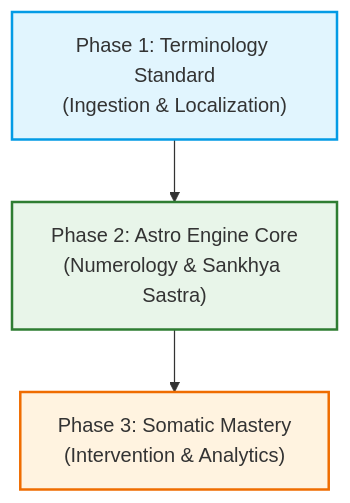
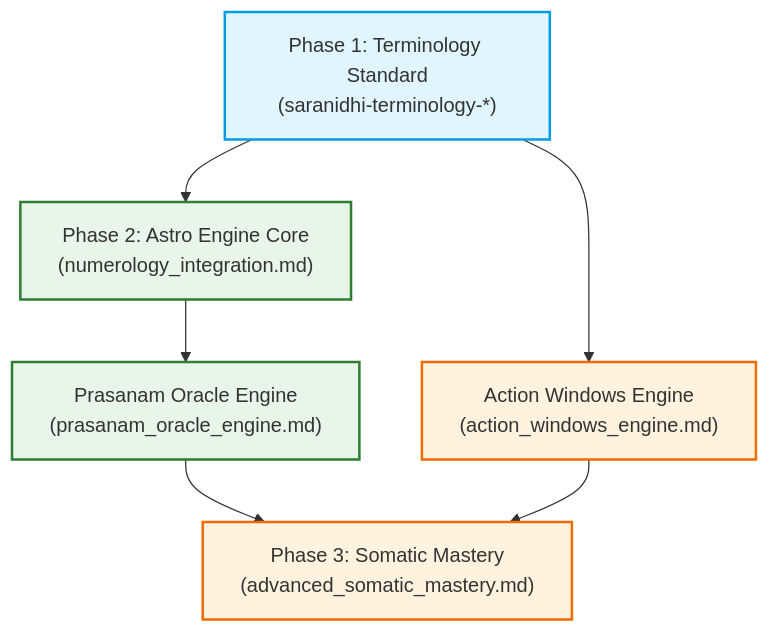
The diagram in docs/research/implementation_roadmap.md (vteial/saranidhi), drawn with Mermaid before and after one commit. The commit also changed other lines of this file and 2 other files, not shown here.

First line of the commit message:
docs(research): add chronobiology, numerology, and somatic mastery specifications

````diff
--- a/docs/research/implementation_roadmap.md
+++ b/docs/research/implementation_roadmap.md
@@ -11,9 +11,14 @@
 ```mermaid
 graph TD
-    A["Phase 1: Terminology Standard<br>(Ingestion & Localization)"] --> B["Phase 2: Astro Engine Core<br>(Numerology & Sankhya Sastra)"]
-    B --> C["Phase 3: Somatic Mastery<br>(Intervention & Analytics)"]
+    A["Phase 1: Terminology Standard<br>(saranidhi-terminology-*)"] --> B["Phase 2: Astro Engine Core<br>(numerology_integration.md)"]
+    B --> BO["Prasanam Oracle Engine<br>(prasanam_oracle_engine.md)"]
+    BO --> C["Phase 3: Somatic Mastery<br>(advanced_somatic_mastery.md)"]
+    A --> AW["Action Windows Engine<br>(action_windows_engine.md)"]
+    AW --> C
     
     style A fill:#e1f5fe,stroke:#039be5,stroke-width:2px
     style B fill:#e8f5e9,stroke:#2e7d32,stroke-width:2px
+    style BO fill:#e8f5e9,stroke:#2e7d32,stroke-width:2px
+    style AW fill:#fff3e0,stroke:#ef6c00,stroke-width:2px
     style C fill:#fff3e0,stroke:#ef6c00,stroke-width:2px
 ```
````
